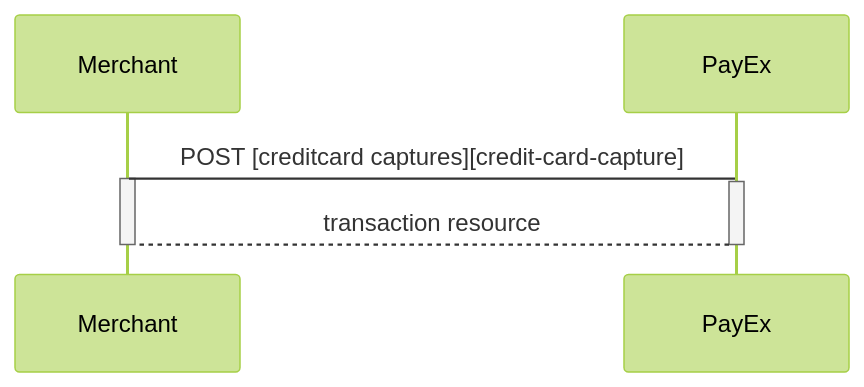
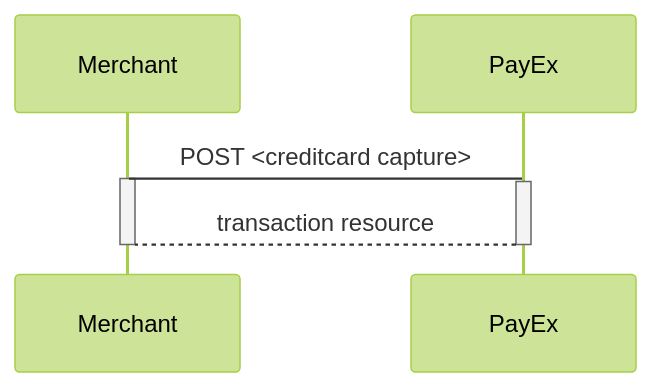
The first of 3 diagrams in payments/mobile-pay/other-features.md (SwedbankPay/developer.swedbankpay.com), drawn with Mermaid (forest theme) before and after one commit. The commit also changed other lines of this file, not shown here.

Commit message:
DX-259 Update mobile pay other-features with iterator and fix links

````diff
--- a/payments/mobile-pay/other-features.md
+++ b/payments/mobile-pay/other-features.md
@@ -34,9 +34,9 @@
 ```mermaid
 sequenceDiagram
-  Merchant->PayEx: POST [creditcard captures][credit-card-capture]
+  Merchant->PayEx: POST <creditcard capture>
   Activate Merchant
   Activate PayEx
   PayEx-->Merchant: transaction resource
   Deactivate PayEx
   Deactivate Merchant
 ```
````
